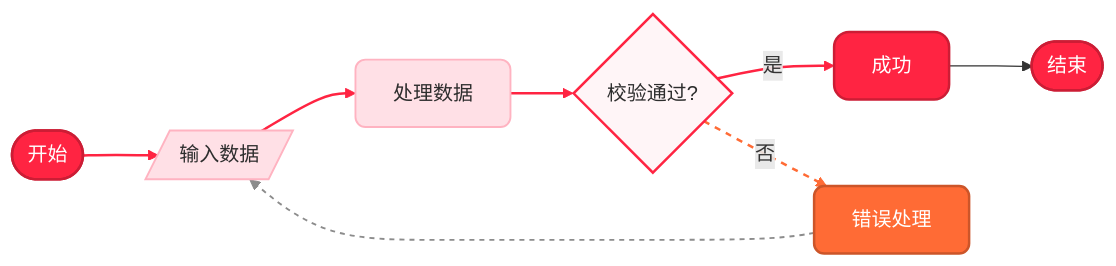
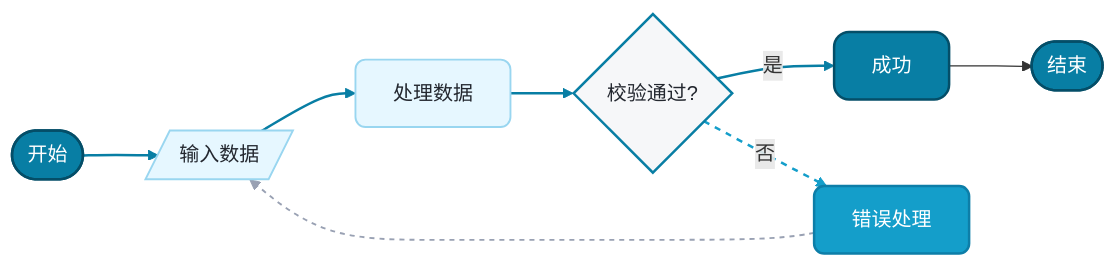
Before and after one commit to MAGO-Yong/mago-claw: the fifth of 9 diagrams in skills/pretty-mermaid/SKILL.md, drawn with Mermaid. The commit also changed other lines of this file and 236 other files, not shown here.

````diff
--- a/skills/pretty-mermaid/SKILL.md
+++ b/skills/pretty-mermaid/SKILL.md
@@ -291,42 +278,42 @@
 ```mermaid
 %%{init: {
   'theme': 'base',
   'themeVariables': {
-    'primaryColor': '#FF2442',
+    'primaryColor': '#087EA4',
     'primaryTextColor': '#FFFFFF',
-    'primaryBorderColor': '#CC1D35',
-    'secondaryColor': '#FFE0E6',
-    'secondaryTextColor': '#2D2D2D',
-    'secondaryBorderColor': '#FFB3C1',
-    'tertiaryColor': '#FFF5F7',
-    'tertiaryTextColor': '#2D2D2D',
-    'lineColor': '#8C8C8C',
-    'textColor': '#2D2D2D',
+    'primaryBorderColor': '#044E68',
+    'secondaryColor': '#E6F7FF',
+    'secondaryTextColor': '#23272F',
+    'secondaryBorderColor': '#99D6F0',
+    'tertiaryColor': '#F6F7F9',
+    'tertiaryTextColor': '#23272F',
+    'lineColor': '#99A1B3',
+    'textColor': '#23272F',
     'fontSize': '13px',
     'fontFamily': '"PingFang SC", "Hiragino Sans GB", "Microsoft YaHei", sans-serif'
   },
   'flowchart': {
     'nodeSpacing': 30,
     'rankSpacing': 50,
     'padding': 15,
     'wrappingWidth': 120
   }
 }}%%
 flowchart LR
-    classDef primary fill:#FF2442,stroke:#CC1D35,color:#FFFFFF,stroke-width:2px,rx:12,ry:12
-    classDef secondary fill:#FFE0E6,stroke:#FFB3C1,color:#2D2D2D,stroke-width:1.5px,rx:8,ry:8
-    classDef accent fill:#FF6B35,stroke:#CC5529,color:#FFFFFF,stroke-width:2px,rx:8,ry:8
-    classDef decision fill:#FFF5F7,stroke:#FF2442,color:#2D2D2D,stroke-width:2px
+    classDef primary fill:#087EA4,stroke:#044E68,color:#FFFFFF,stroke-width:2px,rx:12,ry:12
+    classDef secondary fill:#E6F7FF,stroke:#99D6F0,color:#23272F,stroke-width:1.5px,rx:8,ry:8
+    classDef accent fill:#149ECA,stroke:#0D7EA8,color:#FFFFFF,stroke-width:2px,rx:8,ry:8
+    classDef decision fill:#F6F7F9,stroke:#087EA4,color:#23272F,stroke-width:2px
 
     Start([开始]):::primary --> Input[/输入数据/]:::secondary
     Input --> Process[处理数据]:::secondary
     Process --> Decision{校验通过?}:::decision
     Decision -->|是| Success[成功]:::primary
     Decision -->|否| ErrorHandler[错误处理]:::accent
     ErrorHandler --> Input
     Success --> End([结束]):::primary
 
-    linkStyle 0,1,2,3 stroke:#FF2442,stroke-width:2px
-    linkStyle 4 stroke:#FF6B35,stroke-width:2px,stroke-dasharray:5 5
-    linkStyle 5 stroke:#8C8C8C,stroke-width:1.5px,stroke-dasharray:4 4
+    linkStyle 0,1,2,3 stroke:#087EA4,stroke-width:2px
+    linkStyle 4 stroke:#149ECA,stroke-width:2px,stroke-dasharray:5 5
+    linkStyle 5 stroke:#99A1B3,stroke-width:1.5px,stroke-dasharray:4 4
 ```
````
